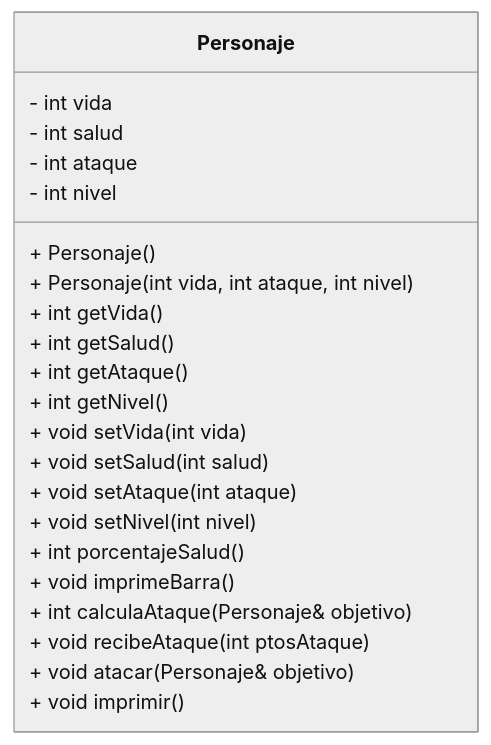
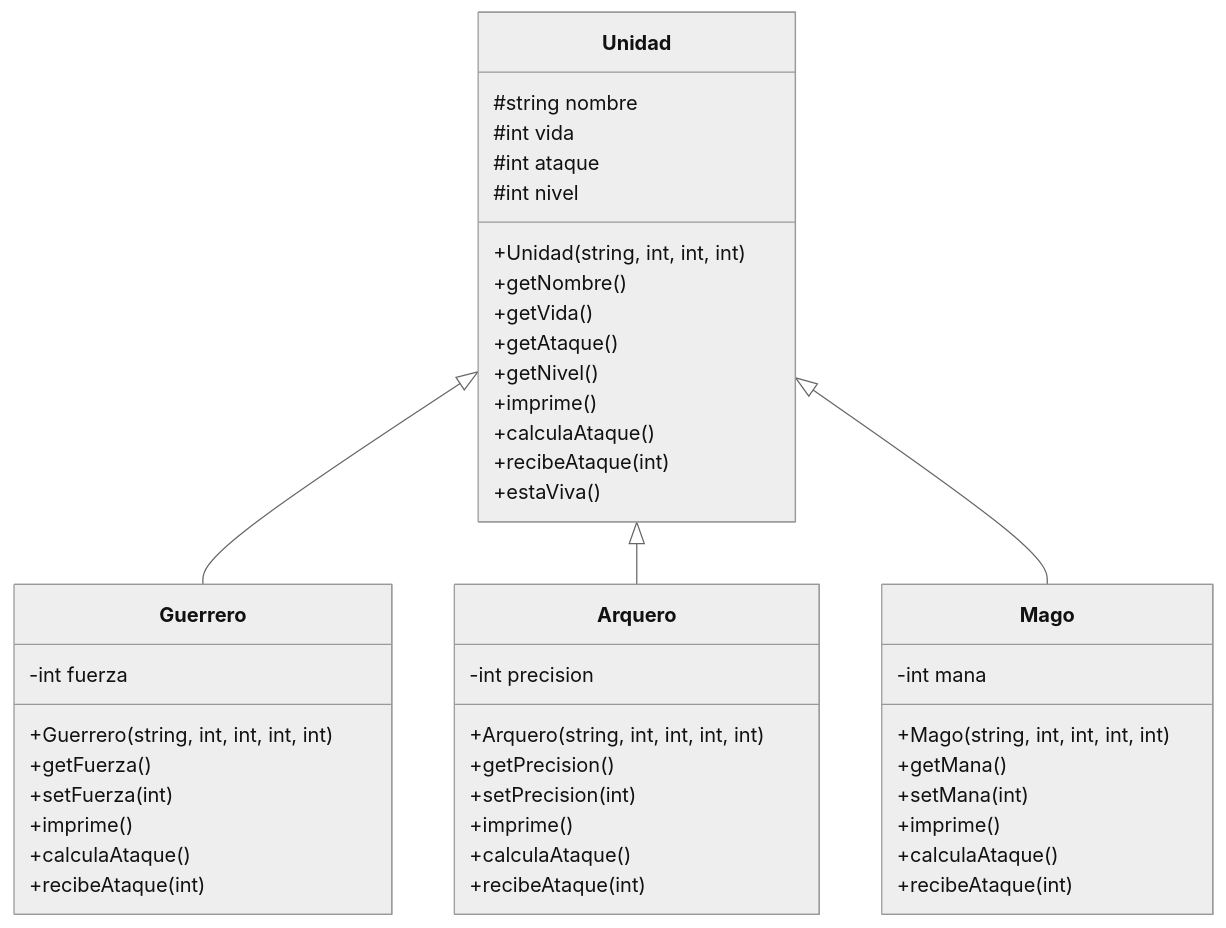
The diagram in assignments/Proyecto/README.md (A01820696/Proyecto_A01820696), drawn with Mermaid (neutral theme) before and after one commit. The commit also changed other lines of this file and 19 other files, not shown here.

````diff
--- a/assignments/Proyecto/README.md
+++ b/assignments/Proyecto/README.md
@@ -3,29 +5,52 @@
 ```mermaid
 classDiagram
-    class Personaje {
-        - int vida
-        - int salud
-        - int ataque
-        - int nivel
+    Unidad <|-- Guerrero
+    Unidad <|-- Arquero
+    Unidad <|-- Mago
 
-        + Personaje()
-        + Personaje(int vida, int ataque, int nivel)
+    class Unidad {
+        #string nombre
+        #int vida
+        #int ataque
+        #int nivel
+        +Unidad(string, int, int, int)
+        +getNombre()
+        +getVida()
+        +getAtaque()
+        +getNivel()
+        +imprime()
+        +calculaAtaque()
+        +recibeAtaque(int)
+        +estaViva()
+    }
 
-        + int getVida()
-        + int getSalud()
-        + int getAtaque()
-        + int getNivel()
+    class Guerrero {
+        -int fuerza
+        +Guerrero(string, int, int, int, int)
+        +getFuerza()
+        +setFuerza(int)
+        +imprime()
+        +calculaAtaque()
+        +recibeAtaque(int)
+    }
 
-        + void setVida(int vida)
-        + void setSalud(int salud)
-        + void setAtaque(int ataque)
-        + void setNivel(int nivel)
+    class Arquero {
+        -int precision
+        +Arquero(string, int, int, int, int)
+        +getPrecision()
+        +setPrecision(int)
+        +imprime()
+        +calculaAtaque()
+        +recibeAtaque(int)
+    }
 
-        + int porcentajeSalud()
-        + void imprimeBarra()
-        + int calculaAtaque(Personaje& objetivo)
-        + void recibeAtaque(int ptosAtaque)
-        + void atacar(Personaje& objetivo)
-        + void imprimir()
+    class Mago {
+        -int mana
+        +Mago(string, int, int, int, int)
+        +getMana()
+        +setMana(int)
+        +imprime()
+        +calculaAtaque()
+        +recibeAtaque(int)
     }
 ```
````
